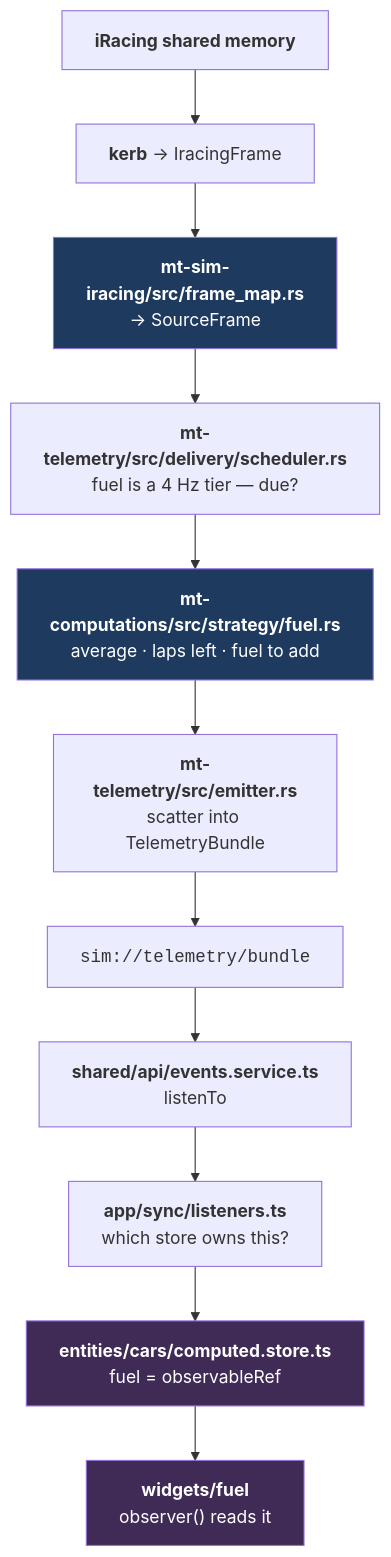
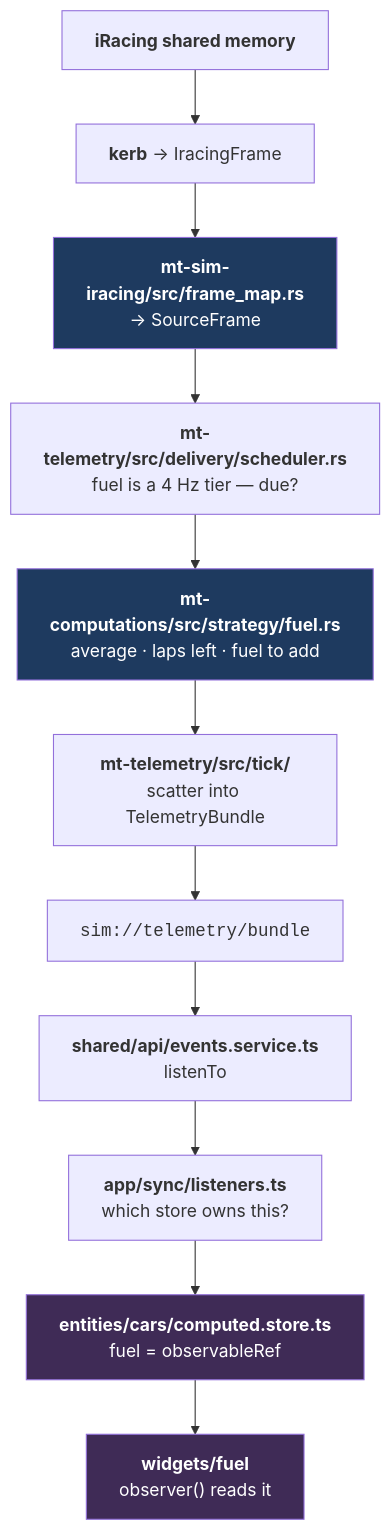
One commit to mvoof/Marble-Trace changed diagram 19 of 22 in docs/architecture.md. Above: the diagram before and after it, drawn with Mermaid. The commit also changed other lines of this file and 374 other files, not shown here.

First line of the commit message:
refactor: architecture audit — shared parts, thin stores, rules held by tools (#679)

````diff
--- a/docs/architecture.md
+++ b/docs/architecture.md
@@ -1729,21 +1726,21 @@
 ```mermaid
 flowchart TB
     S["<b>iRacing shared memory</b>"]
     K["<b>kerb</b> → IracingFrame"]
     SRC["<b>mt-sim-iracing/src/frame_map.rs</b><br/>→ SourceFrame"]
     SCH["<b>mt-telemetry/src/delivery/scheduler.rs</b><br/>fuel is a 4 Hz tier — due?"]
     COMP["<b>mt-computations/src/strategy/fuel.rs</b><br/>average · laps left · fuel to add"]
-    EM["<b>mt-telemetry/src/emitter.rs</b><br/>scatter into TelemetryBundle"]
+    EM["<b>mt-telemetry/src/tick/</b><br/>scatter into TelemetryBundle"]
     EV["<code>sim://telemetry/bundle</code>"]
     SVC["<b>shared/api/events.service.ts</b><br/>listenTo"]
     SYNC["<b>app/sync/listeners.ts</b><br/>which store owns this?"]
     DATA["<b>entities/cars/computed.store.ts</b><br/>fuel = observableRef"]
     UI["<b>widgets/fuel</b><br/>observer() reads it"]
 
     S --> K --> SRC --> SCH --> COMP --> EM --> EV --> SVC --> SYNC --> DATA --> UI
 
     style SRC fill:#1e3a5f,color:#fff
     style COMP fill:#1e3a5f,color:#fff
     style DATA fill:#3f2b56,color:#fff
     style UI fill:#3f2b56,color:#fff
 ```
````
